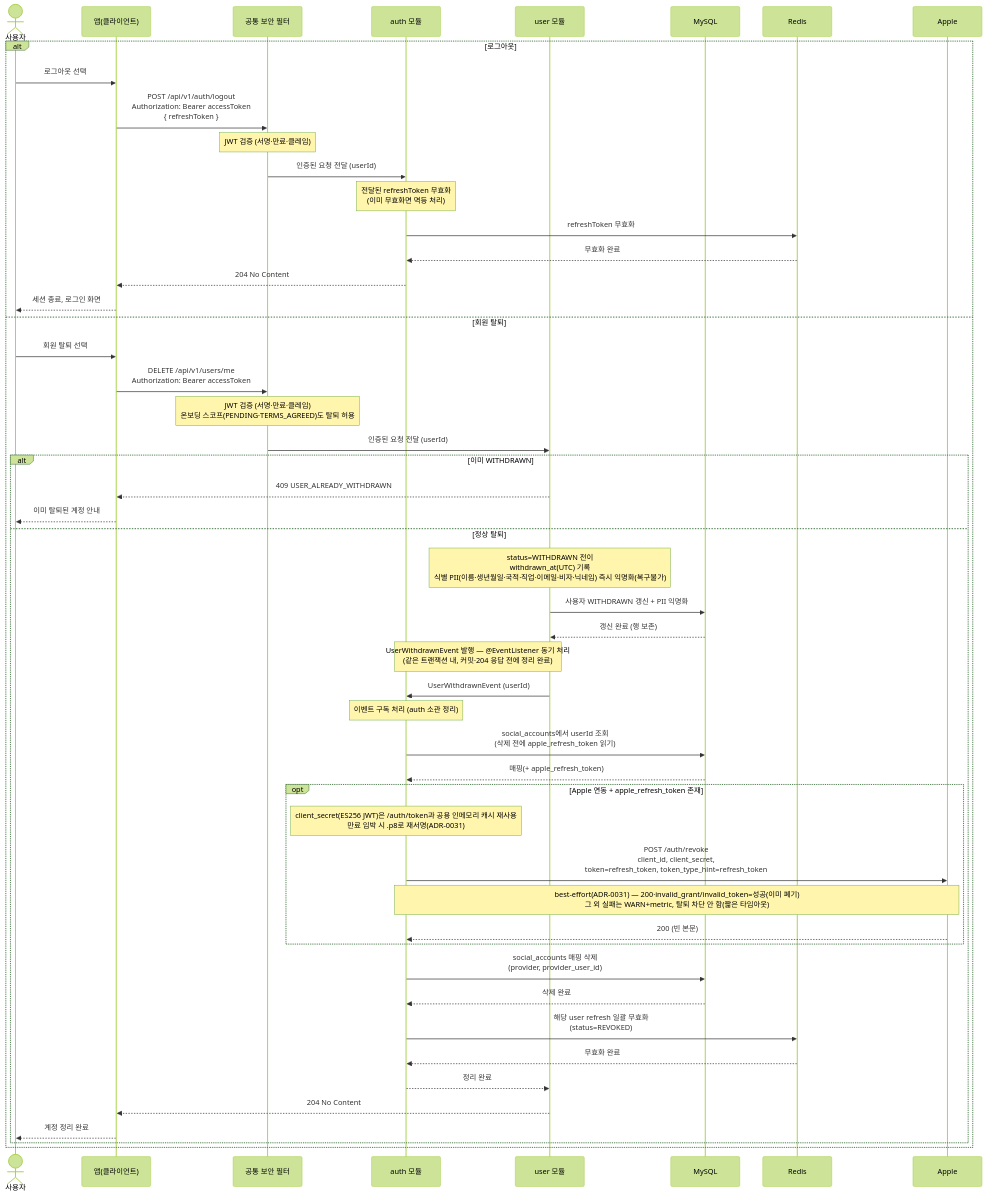
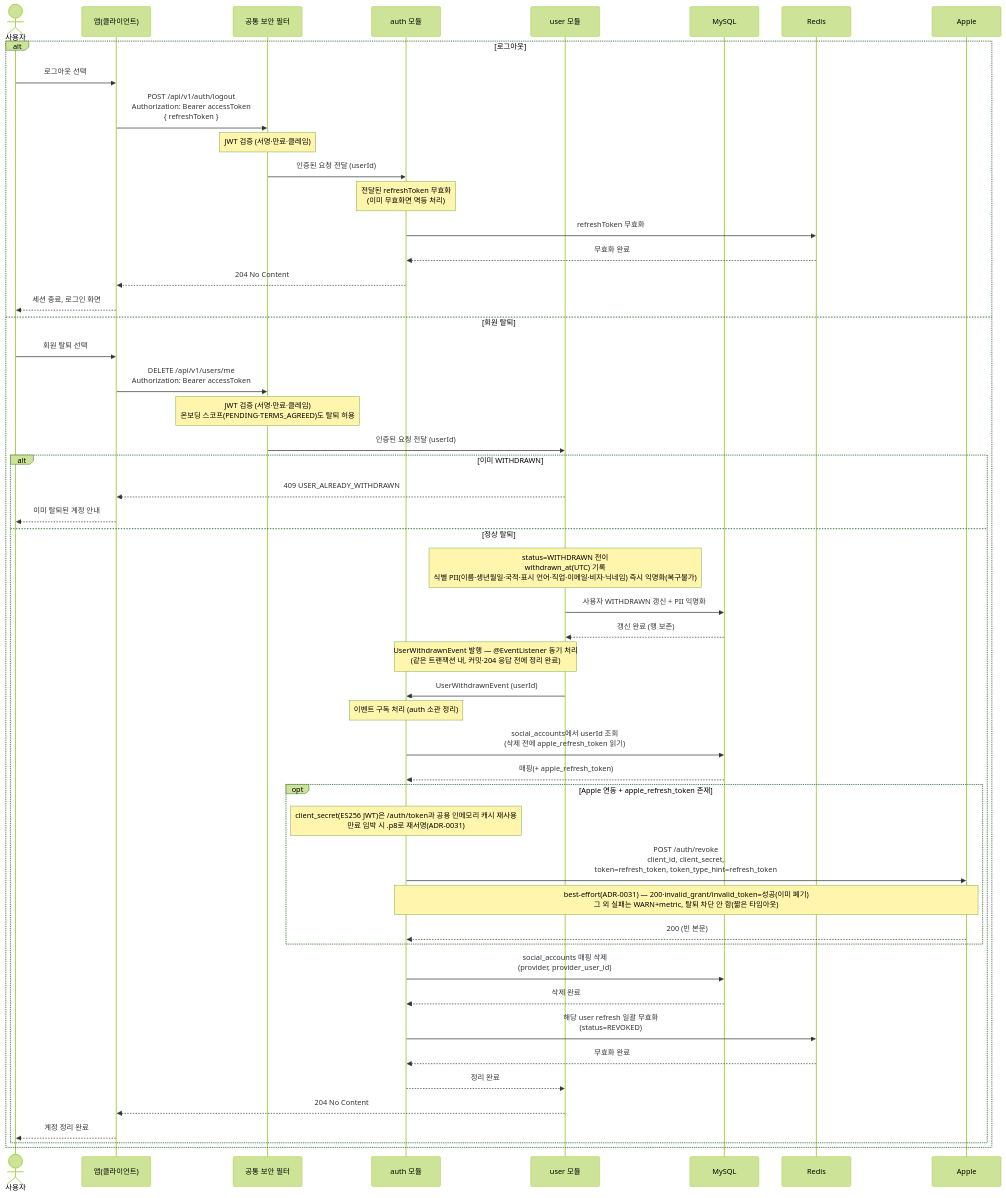
Before and after one commit to jameskim9509/Kohere-backend: the diagram in docs/architecture/sequence-diagrams/01-auth-onboarding/us-1-4-logout-withdraw.md, drawn with Mermaid (forest theme). The commit also changed other lines of this file and 27 other files, not shown here.

````diff
--- a/docs/architecture/sequence-diagrams/01-auth-onboarding/us-1-4-logout-withdraw.md
+++ b/docs/architecture/sequence-diagrams/01-auth-onboarding/us-1-4-logout-withdraw.md
@@ -5,54 +5,54 @@
 ```mermaid
 sequenceDiagram
     actor U as 사용자
     participant C as 앱(클라이언트)
     participant SEC as 공통 보안 필터
     participant AUTH as auth 모듈
     participant USER as user 모듈
     participant SQL as MySQL
     participant RDS as Redis
     participant AP as Apple
 
     alt 로그아웃
         U->>C: 로그아웃 선택
         C->>SEC: POST /api/v1/auth/logout<br/>Authorization: Bearer accessToken<br/>{ refreshToken }
         Note over SEC: JWT 검증 (서명·만료·클레임)
         SEC->>AUTH: 인증된 요청 전달 (userId)
         Note over AUTH: 전달된 refreshToken 무효화<br/>(이미 무효화면 멱등 처리)
         AUTH->>RDS: refreshToken 무효화
         RDS-->>AUTH: 무효화 완료
         AUTH-->>C: 204 No Content
         C-->>U: 세션 종료, 로그인 화면
     else 회원 탈퇴
         U->>C: 회원 탈퇴 선택
         C->>SEC: DELETE /api/v1/users/me<br/>Authorization: Bearer accessToken
         Note over SEC: JWT 검증 (서명·만료·클레임)<br/>온보딩 스코프(PENDING·TERMS_AGREED)도 탈퇴 허용
         SEC->>USER: 인증된 요청 전달 (userId)
         alt 이미 WITHDRAWN
             USER-->>C: 409 USER_ALREADY_WITHDRAWN
             C-->>U: 이미 탈퇴된 계정 안내
         else 정상 탈퇴
-            Note over USER: status=WITHDRAWN 전이<br/>withdrawn_at(UTC) 기록<br/>식별 PII(이름·생년월일·국적·직업·이메일·비자·닉네임) 즉시 익명화(복구불가)
+            Note over USER: status=WITHDRAWN 전이<br/>withdrawn_at(UTC) 기록<br/>식별 PII(이름·생년월일·국적·표시 언어·직업·이메일·비자·닉네임) 즉시 익명화(복구불가)
             USER->>SQL: 사용자 WITHDRAWN 갱신 + PII 익명화
             SQL-->>USER: 갱신 완료 (행 보존)
             Note over USER,AUTH: UserWithdrawnEvent 발행 — @EventListener 동기 처리<br/>(같은 트랜잭션 내, 커밋·204 응답 전에 정리 완료)
             USER->>AUTH: UserWithdrawnEvent (userId)
             Note over AUTH: 이벤트 구독 처리 (auth 소관 정리)
             AUTH->>SQL: social_accounts에서 userId 조회<br/>(삭제 전에 apple_refresh_token 읽기)
             SQL-->>AUTH: 매핑(+ apple_refresh_token)
             opt Apple 연동 + apple_refresh_token 존재
                 Note over AUTH: client_secret(ES256 JWT)은 /auth/token과 공용 인메모리 캐시 재사용<br/>만료 임박 시 .p8로 재서명(ADR-0031)
                 AUTH->>AP: POST /auth/revoke<br/>client_id, client_secret,<br/>token=refresh_token, token_type_hint=refresh_token
                 Note over AUTH,AP: best-effort(ADR-0031) — 200·invalid_grant/invalid_token=성공(이미 폐기)<br/>그 외 실패는 WARN+metric, 탈퇴 차단 안 함(짧은 타임아웃)
                 AP-->>AUTH: 200 (빈 본문)
             end
             AUTH->>SQL: social_accounts 매핑 삭제<br/>(provider, provider_user_id)
             SQL-->>AUTH: 삭제 완료
             AUTH->>RDS: 해당 user refresh 일괄 무효화<br/>(status=REVOKED)
             RDS-->>AUTH: 무효화 완료
             AUTH-->>USER: 정리 완료
             USER-->>C: 204 No Content
             C-->>U: 계정 정리 완료
         end
     end
 ```
````
